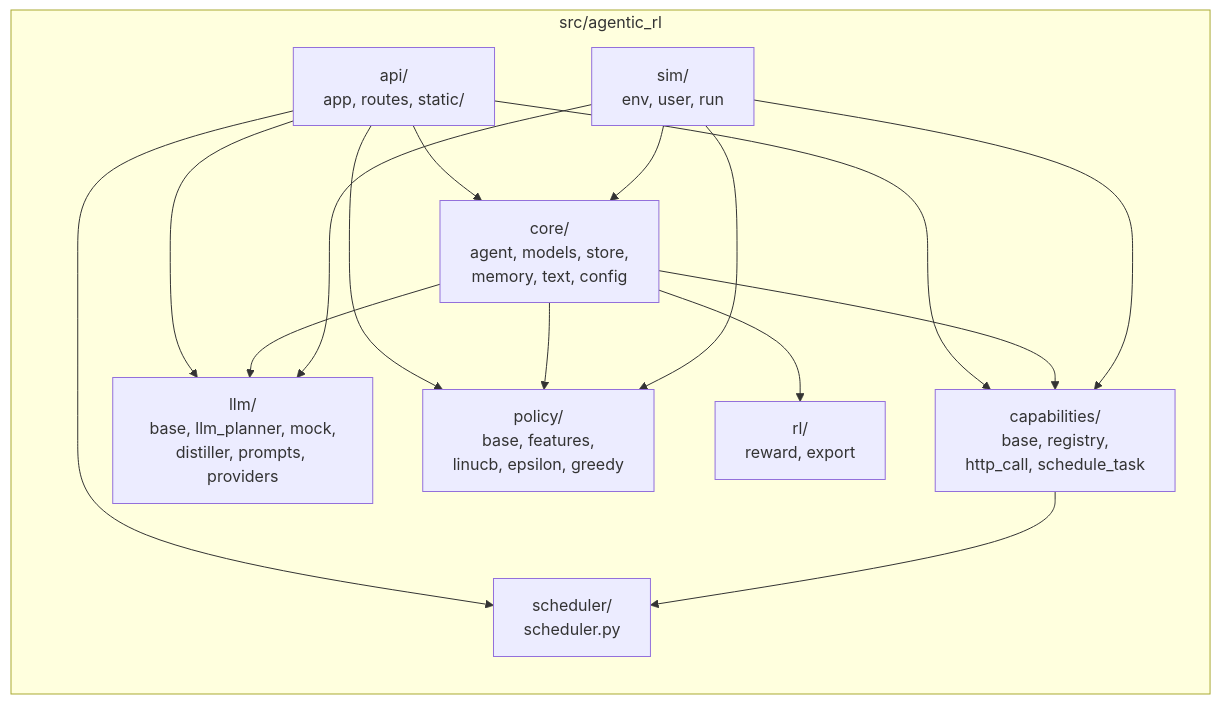
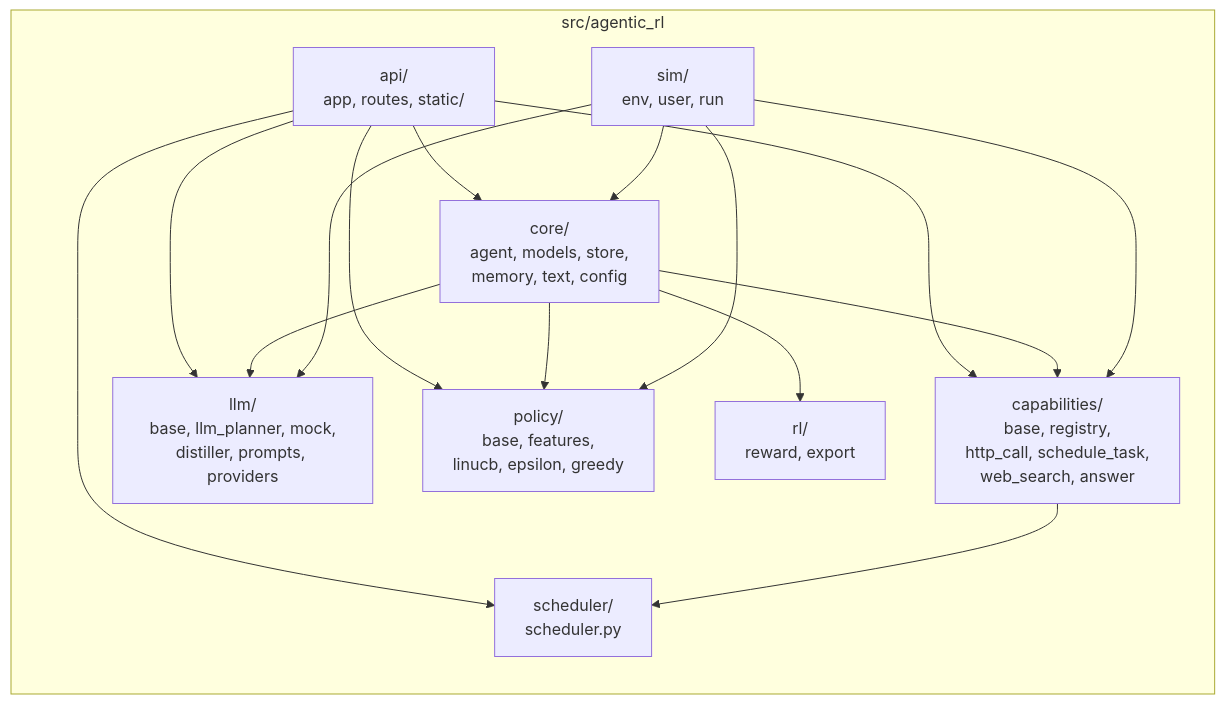
The third of 6 diagrams in docs/ARCHITECTURE.md (nadermedhet148/agentic-rl), drawn with Mermaid before and after one commit. The commit also changed other lines of this file and 35 other files, not shown here.

````diff
--- a/docs/ARCHITECTURE.md
+++ b/docs/ARCHITECTURE.md
@@ -173,28 +179,28 @@
 ```mermaid
 graph LR
     subgraph src/agentic_rl
         core["core/<br/>agent, models, store,<br/>memory, text, config"]
-        capabilities["capabilities/<br/>base, registry,<br/>http_call, schedule_task"]
+        capabilities["capabilities/<br/>base, registry,<br/>http_call, schedule_task,<br/>web_search, answer"]
         llm["llm/<br/>base, llm_planner, mock,<br/>distiller, prompts, providers"]
         policy["policy/<br/>base, features,<br/>linucb, epsilon, greedy"]
         rl["rl/<br/>reward, export"]
         scheduler["scheduler/<br/>scheduler.py"]
         api["api/<br/>app, routes, static/"]
         sim["sim/<br/>env, user, run"]
     end
 
     api --> core
     api --> capabilities
     api --> llm
     api --> policy
     api --> scheduler
     core --> capabilities
     core --> llm
     core --> policy
     core --> rl
     capabilities --> scheduler
     sim --> core
     sim --> capabilities
     sim --> llm
     sim --> policy
 ```
````
